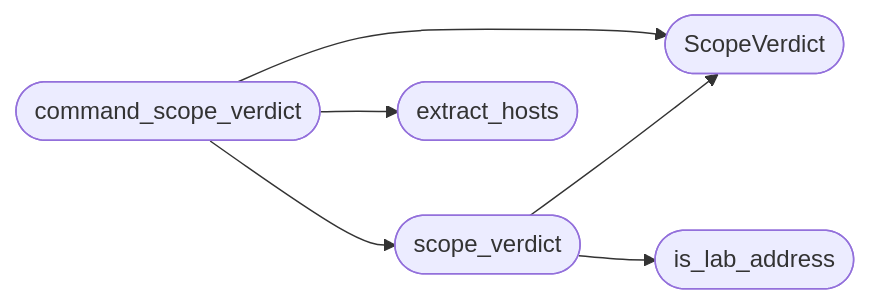
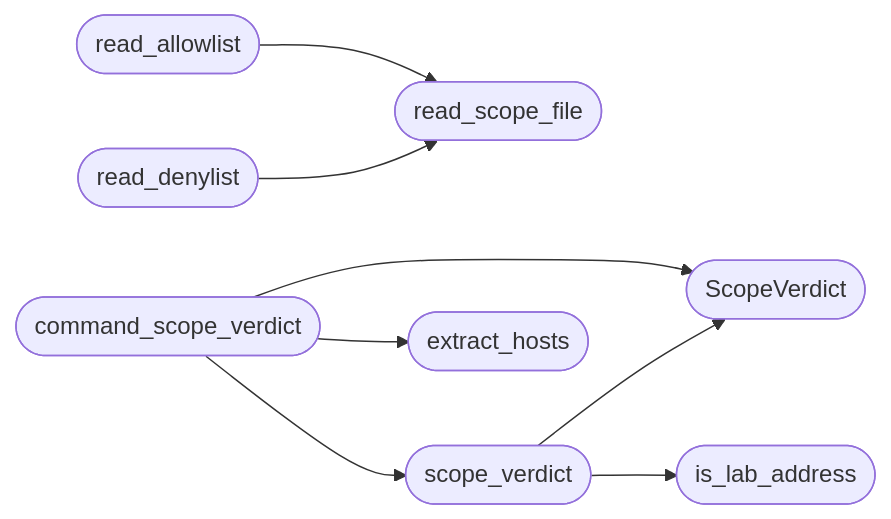
Before and after one commit to grisuno/LazyOwn: the diagram in readmenator-apidocs/modules/modules.lazy_scope.py.md, drawn with Mermaid. The commit also changed other lines of this file and 415 other files, not shown here.

````diff
--- a/readmenator-apidocs/modules/modules.lazy_scope.py.md
+++ b/readmenator-apidocs/modules/modules.lazy_scope.py.md
@@ -29,13 +29,18 @@
 ```mermaid
 flowchart LR
+    n_modules_lazy_scope_py__read_allowlist(["read_allowlist"])
+    n_modules_lazy_scope_py__read_scope_file(["read_scope_file"])
+    n_modules_lazy_scope_py__read_denylist(["read_denylist"])
     n_modules_lazy_scope_py__scope_verdict(["scope_verdict"])
     n_modules_lazy_scope_py__ScopeVerdict(["ScopeVerdict"])
     n_modules_lazy_scope_py__is_lab_address(["is_lab_address"])
     n_modules_lazy_scope_py__command_scope_verdict(["command_scope_verdict"])
     n_modules_lazy_scope_py__extract_hosts(["extract_hosts"])
+    n_modules_lazy_scope_py__read_allowlist --> n_modules_lazy_scope_py__read_scope_file
+    n_modules_lazy_scope_py__read_denylist --> n_modules_lazy_scope_py__read_scope_file
     n_modules_lazy_scope_py__scope_verdict --> n_modules_lazy_scope_py__ScopeVerdict
     n_modules_lazy_scope_py__scope_verdict --> n_modules_lazy_scope_py__is_lab_address
     n_modules_lazy_scope_py__command_scope_verdict --> n_modules_lazy_scope_py__ScopeVerdict
     n_modules_lazy_scope_py__command_scope_verdict --> n_modules_lazy_scope_py__extract_hosts
     n_modules_lazy_scope_py__command_scope_verdict --> n_modules_lazy_scope_py__scope_verdict
 ```
````
